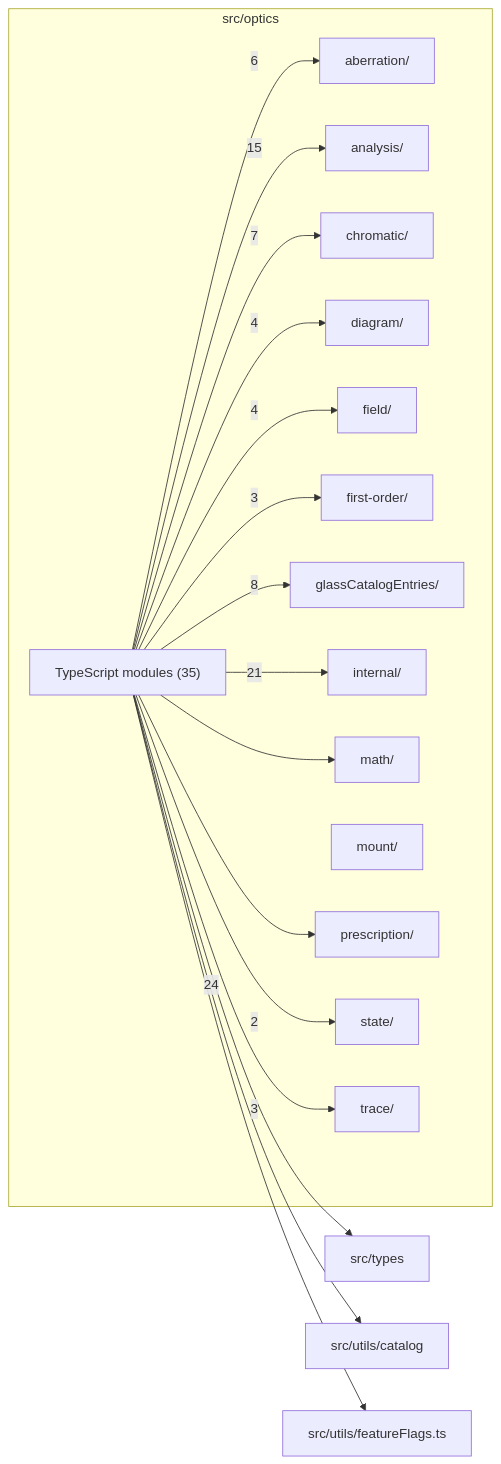
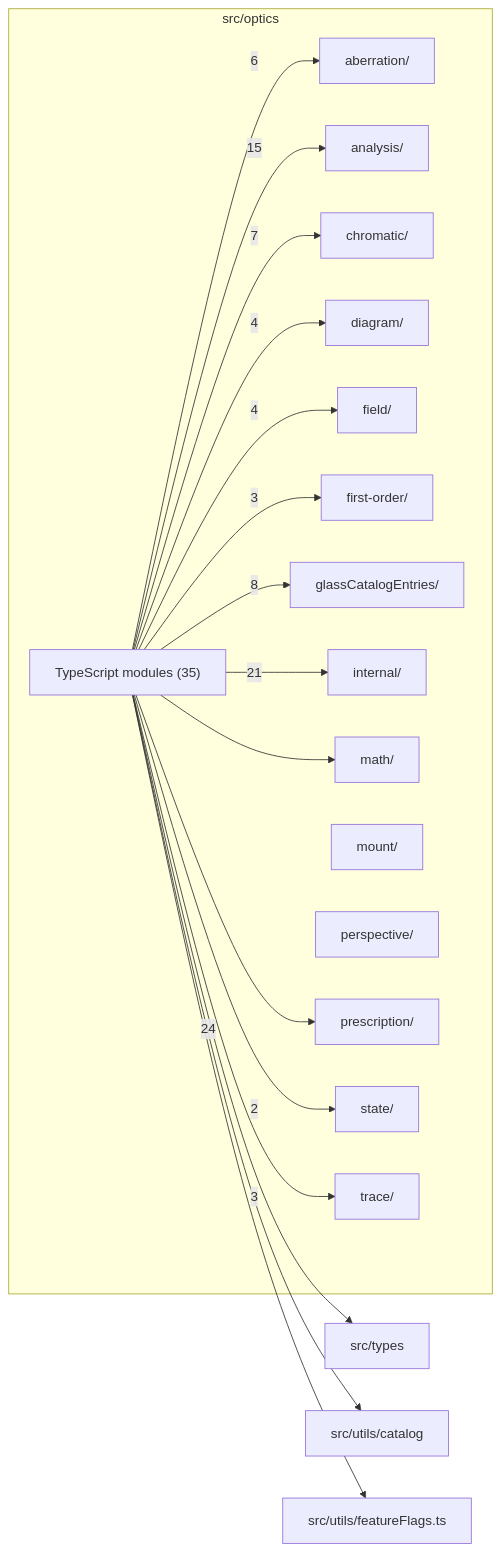
Before and after one commit to ronbuening/LensVisualizer: the diagram in src/optics/readme.md, drawn with Mermaid. The commit also changed other lines of this file and 31 other files, not shown here.

````diff
--- a/src/optics/readme.md
+++ b/src/optics/readme.md
@@ -9,37 +9,38 @@
 ```mermaid
 flowchart LR
   subgraph n_src_optics["src/optics"]
     n_src_optics_src_optics_aberration["aberration/"]
     n_src_optics_src_optics_analysis["analysis/"]
     n_src_optics_src_optics_chromatic["chromatic/"]
     n_src_optics_src_optics_diagram["diagram/"]
     n_src_optics_src_optics_field["field/"]
     n_src_optics_src_optics_first_order["first-order/"]
     n_src_optics_src_optics_glassCatalogEntries["glassCatalogEntries/"]
     n_src_optics_src_optics_internal["internal/"]
     n_src_optics_src_optics_math["math/"]
     n_src_optics_src_optics_mount["mount/"]
+    n_src_optics_src_optics_perspective["perspective/"]
     n_src_optics_src_optics_prescription["prescription/"]
     n_src_optics_src_optics_state["state/"]
     n_src_optics_src_optics_trace["trace/"]
     n_src_optics_TypeScript_modules["TypeScript modules (35)"]
   end
   n_external_src_types["src/types"]
   n_external_src_utils_catalog["src/utils/catalog"]
   n_external_src_utils_featureFlags_ts["src/utils/featureFlags.ts"]
   n_src_optics_TypeScript_modules --> |24| n_external_src_types
   n_src_optics_TypeScript_modules --> |21| n_src_optics_src_optics_internal
   n_src_optics_TypeScript_modules --> |15| n_src_optics_src_optics_analysis
   n_src_optics_TypeScript_modules --> |8| n_src_optics_src_optics_glassCatalogEntries
   n_src_optics_TypeScript_modules --> |7| n_src_optics_src_optics_chromatic
   n_src_optics_TypeScript_modules --> |6| n_src_optics_src_optics_aberration
   n_src_optics_TypeScript_modules --> |4| n_src_optics_src_optics_diagram
   n_src_optics_TypeScript_modules --> |4| n_src_optics_src_optics_field
   n_src_optics_TypeScript_modules --> |3| n_src_optics_src_optics_first_order
   n_src_optics_TypeScript_modules --> |3| n_src_optics_src_optics_trace
   n_src_optics_TypeScript_modules --> |2| n_src_optics_src_optics_state
   n_src_optics_TypeScript_modules --> n_external_src_utils_catalog
   n_src_optics_TypeScript_modules --> n_external_src_utils_featureFlags_ts
   n_src_optics_TypeScript_modules --> n_src_optics_src_optics_math
   n_src_optics_TypeScript_modules --> n_src_optics_src_optics_prescription
 ```
````
